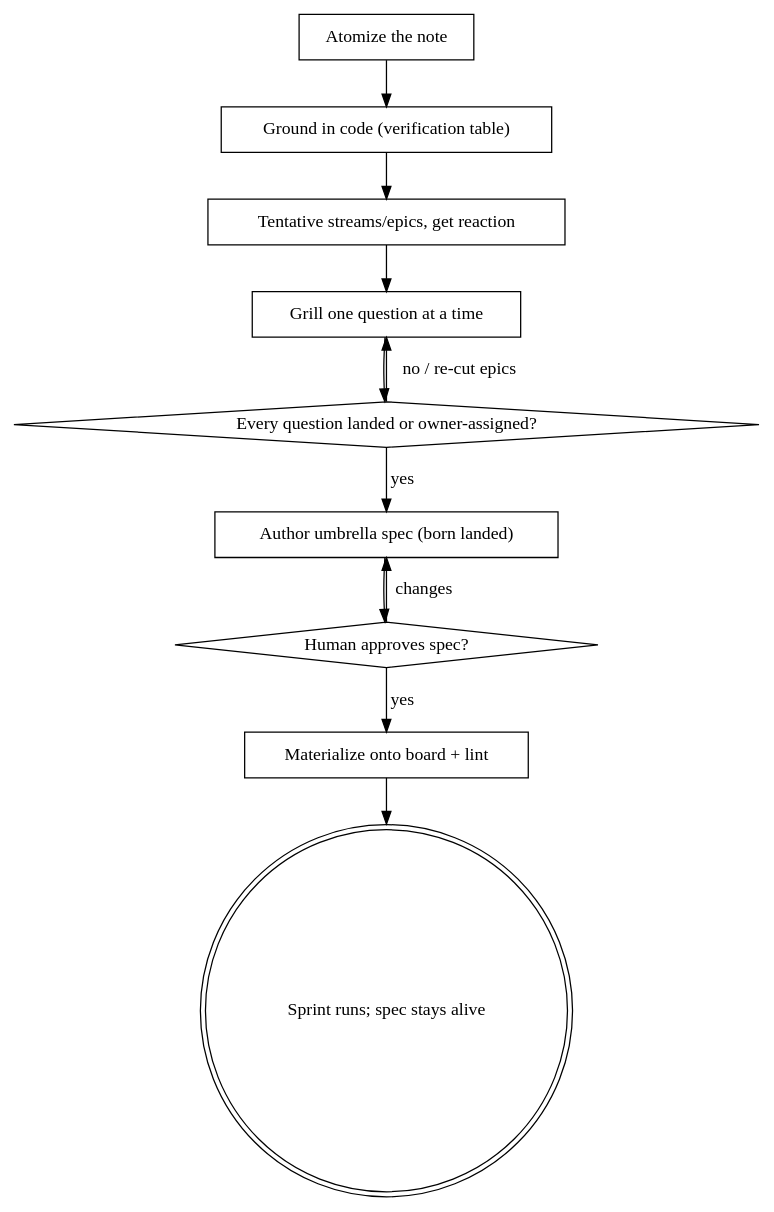
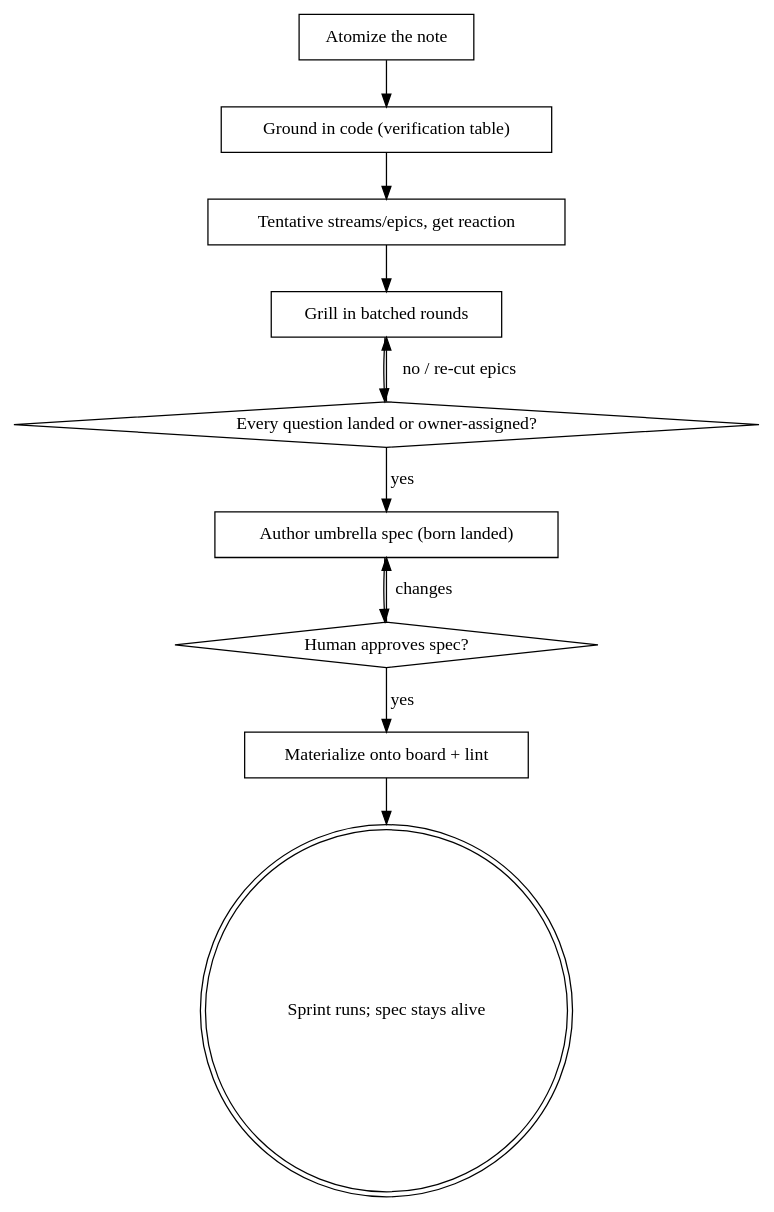
Before and after one commit to SSFSKIM/doperpowers: the diagram in skills/organizing-sprints/SKILL.md, drawn with Graphviz. The commit also changed other lines of this file and 7 other files, not shown here.

First line of the commit message:
release: v7.50.0 — batch-grilling becomes the grill; one-at-a-time interviewing retired

````diff
--- a/skills/organizing-sprints/SKILL.md
+++ b/skills/organizing-sprints/SKILL.md
@@ -72,24 +72,24 @@
 ```dot
 digraph organizing_sprints {
     "Atomize the note" [shape=box];
     "Ground in code (verification table)" [shape=box];
     "Tentative streams/epics, get reaction" [shape=box];
-    "Grill one question at a time" [shape=box];
+    "Grill in batched rounds" [shape=box];
     "Every question landed or owner-assigned?" [shape=diamond];
     "Author umbrella spec (born landed)" [shape=box];
     "Human approves spec?" [shape=diamond];
     "Materialize onto board + lint" [shape=box];
     "Sprint runs; spec stays alive" [shape=doublecircle];
 
     "Atomize the note" -> "Ground in code (verification table)";
     "Ground in code (verification table)" -> "Tentative streams/epics, get reaction";
-    "Tentative streams/epics, get reaction" -> "Grill one question at a time";
-    "Grill one question at a time" -> "Every question landed or owner-assigned?";
-    "Every question landed or owner-assigned?" -> "Grill one question at a time" [label="no / re-cut epics"];
+    "Tentative streams/epics, get reaction" -> "Grill in batched rounds";
+    "Grill in batched rounds" -> "Every question landed or owner-assigned?";
+    "Every question landed or owner-assigned?" -> "Grill in batched rounds" [label="no / re-cut epics"];
     "Every question landed or owner-assigned?" -> "Author umbrella spec (born landed)" [label="yes"];
     "Author umbrella spec (born landed)" -> "Human approves spec?";
     "Human approves spec?" -> "Author umbrella spec (born landed)" [label="changes"];
     "Human approves spec?" -> "Materialize onto board + lint" [label="yes"];
     "Materialize onto board + lint" -> "Sprint runs; spec stays alive";
 }
 ```
````
